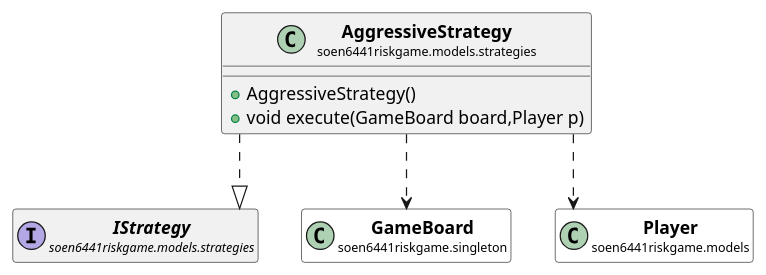
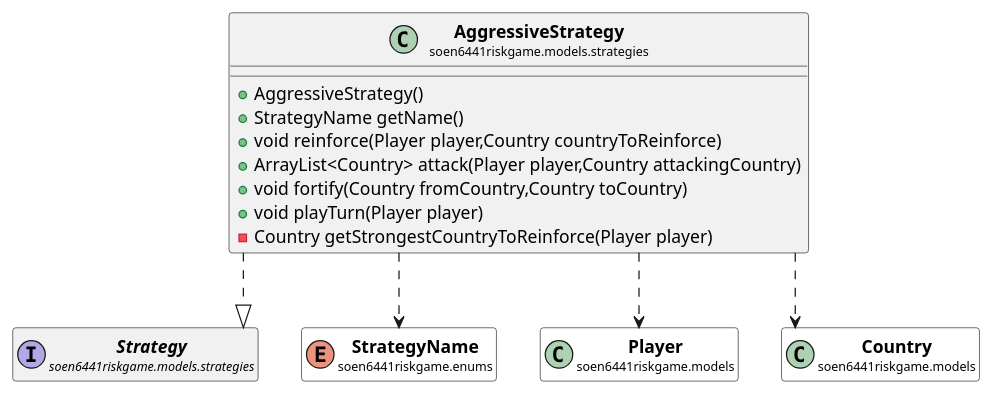
One commit to huntertran/soen6441-riskgame changed the diagram in docs/javadocs/soen6441riskgame/models/strategies/AggressiveStrategy.puml. Above: the diagram before and after it, drawn with PlantUML. The commit also changed 196 other files, not shown here.

```diff
--- a/docs/javadocs/soen6441riskgame/models/strategies/AggressiveStrategy.puml
+++ b/docs/javadocs/soen6441riskgame/models/strategies/AggressiveStrategy.puml
@@ -1,37 +1,51 @@
 @startuml
 
 skinparam svgLinkTarget _parent
 skinparam linetype ortho
 set namespaceSeparator none
 class "<b><size:14>AggressiveStrategy</b>\n<size:10>soen6441riskgame.models.strategies" as soen6441riskgame.models.strategies.AggressiveStrategy  [[../../../soen6441riskgame/models/strategies/AggressiveStrategy.html{soen6441riskgame.models.strategies.AggressiveStrategy}]] {
 +AggressiveStrategy()
-+void execute(GameBoard board,Player p)
++StrategyName getName()
++void reinforce(Player player,Country countryToReinforce)
++ArrayList<Country> attack(Player player,Country attackingCountry)
++void fortify(Country fromCountry,Country toCountry)
++void playTurn(Player player)
+-Country getStrongestCountryToReinforce(Player player)
 }
 
 
-interface "<b><size:14>IStrategy</b>\n<size:10>soen6441riskgame.models.strategies" as soen6441riskgame.models.strategies.IStrategy  [[../../../soen6441riskgame/models/strategies/IStrategy.html{soen6441riskgame.models.strategies.IStrategy}]] {
+interface "<b><size:14>Strategy</b>\n<size:10>soen6441riskgame.models.strategies" as soen6441riskgame.models.strategies.Strategy  [[../../../soen6441riskgame/models/strategies/Strategy.html{soen6441riskgame.models.strategies.Strategy}]] {
 }
 
-hide soen6441riskgame.models.strategies.IStrategy fields
-hide soen6441riskgame.models.strategies.IStrategy methods
+hide soen6441riskgame.models.strategies.Strategy fields
+hide soen6441riskgame.models.strategies.Strategy methods
 
-soen6441riskgame.models.strategies.AggressiveStrategy ..|> soen6441riskgame.models.strategies.IStrategy
+soen6441riskgame.models.strategies.AggressiveStrategy ..|> soen6441riskgame.models.strategies.Strategy
 
-class "<b><size:14>GameBoard</b>\n<size:10>soen6441riskgame.singleton" as soen6441riskgame.singleton.GameBoard  [[../../../soen6441riskgame/singleton/GameBoard.html{soen6441riskgame.singleton.GameBoard}]] #white {
+enum "<b><size:14>StrategyName</b>\n<size:10>soen6441riskgame.enums" as soen6441riskgame.enums.StrategyName  [[../../../soen6441riskgame/enums/StrategyName.html{soen6441riskgame.enums.StrategyName}]] #white {
 }
 
-hide soen6441riskgame.singleton.GameBoard fields
-hide soen6441riskgame.singleton.GameBoard methods
+hide soen6441riskgame.enums.StrategyName fields
+hide soen6441riskgame.enums.StrategyName methods
 
-soen6441riskgame.models.strategies.AggressiveStrategy ..> soen6441riskgame.singleton.GameBoard
+soen6441riskgame.models.strategies.AggressiveStrategy ..> soen6441riskgame.enums.StrategyName
 
 class "<b><size:14>Player</b>\n<size:10>soen6441riskgame.models" as soen6441riskgame.models.Player  [[../../../soen6441riskgame/models/Player.html{soen6441riskgame.models.Player}]] #white {
 }
 
 hide soen6441riskgame.models.Player fields
 hide soen6441riskgame.models.Player methods
 
 soen6441riskgame.models.strategies.AggressiveStrategy ..> soen6441riskgame.models.Player
 
+class "<b><size:14>Country</b>\n<size:10>soen6441riskgame.models" as soen6441riskgame.models.Country  [[../../../soen6441riskgame/models/Country.html{soen6441riskgame.models.Country}]] #white {
+}
+
+hide soen6441riskgame.models.Country fields
+hide soen6441riskgame.models.Country methods
+
+soen6441riskgame.models.strategies.AggressiveStrategy ..> soen6441riskgame.models.Country
+
+
 
 @enduml
```
